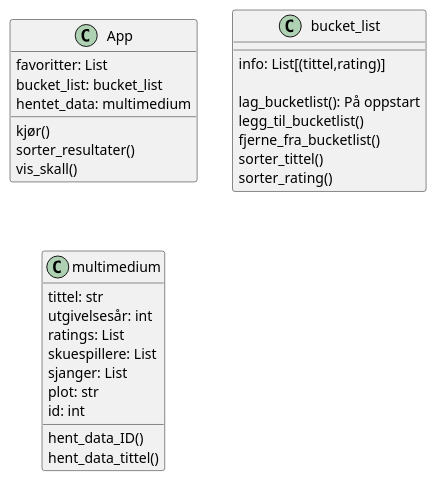
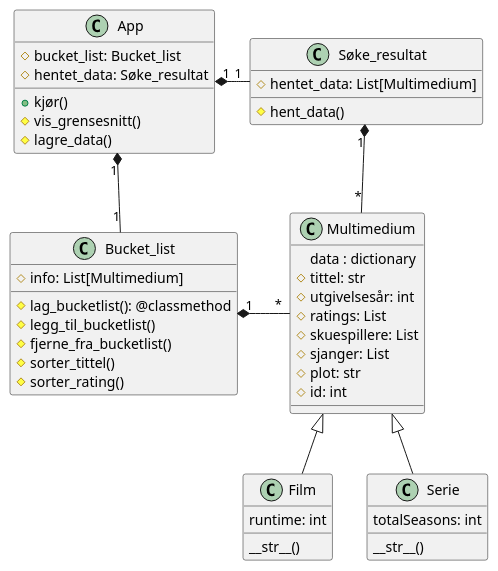
One commit to viva2004/API-OMDb changed the diagram in OMDbCLI.plantuml. Above: the diagram before and after it, drawn with PlantUML. The commit also changed 14 other files, not shown here.

```diff
--- a/OMDbCLI.plantuml
+++ b/OMDbCLI.plantuml
@@ -1,34 +1,54 @@
 @startuml Argsflix bucket list
 class App{
-    favoritter: List
-    bucket_list: bucket_list
-    hentet_data: multimedium
-    kjør()
-    sorter_resultater()
-    vis_skall()
+    # bucket_list: Bucket_list
+    # hentet_data: Søke_resultat
+    + kjør()
+    # vis_grensesnitt()
+    # lagre_data()
 }
 
-class bucket_list{
-    info: List[(tittel,rating)]
+class Bucket_list{
+    # info: List[Multimedium]
 
-    lag_bucketlist(): På oppstart
-    legg_til_bucketlist()
-    fjerne_fra_bucketlist()
-    sorter_tittel()
-    sorter_rating()
+    # lag_bucketlist(): @classmethod
+    # legg_til_bucketlist()
+    # fjerne_fra_bucketlist()
+    # sorter_tittel()
+    # sorter_rating()
 }
 
-class multimedium{
-    tittel: str
-    utgivelsesår: int
-    ratings: List
-    skuespillere: List
-    sjanger: List
-    plot: str
-    id: int
-
-    hent_data_ID()
-    hent_data_tittel()
+class Søke_resultat{
+    # hentet_data: List[Multimedium]
+    # hent_data()
 }
 
+class Multimedium{
+    data : dictionary
+    # tittel: str
+    # utgivelsesår: int
+    # ratings: List
+    # skuespillere: List
+    # sjanger: List
+    # plot: str
+    # id: int
+}
+
+class Film{
+    runtime: int
+    __str__()
+}
+
+class Serie{
+    totalSeasons: int
+    __str__()
+}
+
+
+Multimedium <|-- Film
+Multimedium <|-- Serie
+Bucket_list "1" *-right- "*" Multimedium 
+App "1" *-down- "1" Bucket_list
+App "1" *-right- "1" Søke_resultat
+Søke_resultat "1" *-right- "*" Multimedium 
+
 @enduml
```
